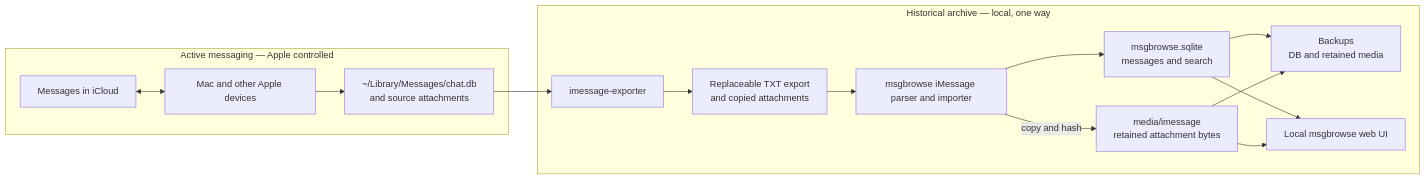
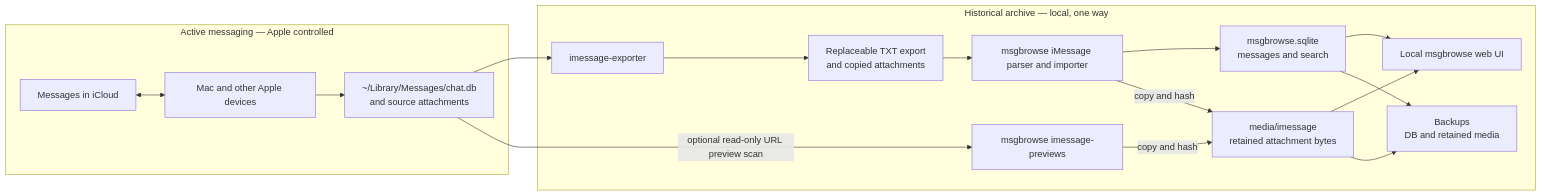
The diagram in docs/ARCHITECTURE.md (drew-wks/msgbrowse), drawn with Mermaid before and after one commit. The commit also changed other lines of this file and 17 other files, not shown here.

````diff
--- a/docs/ARCHITECTURE.md
+++ b/docs/ARCHITECTURE.md
@@ -23,20 +25,22 @@
 ```mermaid
 flowchart LR
   subgraph Active[Active messaging — Apple controlled]
     Cloud[Messages in iCloud] <--> Devices[Mac and other Apple devices]
     Devices --> ChatDB["~/Library/Messages/chat.db<br/>and source attachments"]
   end
   subgraph Archive[Historical archive — local, one way]
     Exporter[imessage-exporter]
     Export["Replaceable TXT export<br/>and copied attachments"]
     Ingest[msgbrowse iMessage parser and importer]
     DB["msgbrowse.sqlite<br/>messages and search"]
     Media["media/imessage<br/>retained attachment bytes"]
     Backup["Backups<br/>DB and retained media"]
     UI[Local msgbrowse web UI]
     ChatDB --> Exporter --> Export --> Ingest --> DB --> UI
+    ChatDB -->|optional read-only URL preview scan| Preview[msgbrowse imessage-previews]
+    Preview -->|copy and hash| Media
     Ingest -->|copy and hash| Media --> UI
     DB --> Backup
     Media --> Backup
   end
 ```
````
